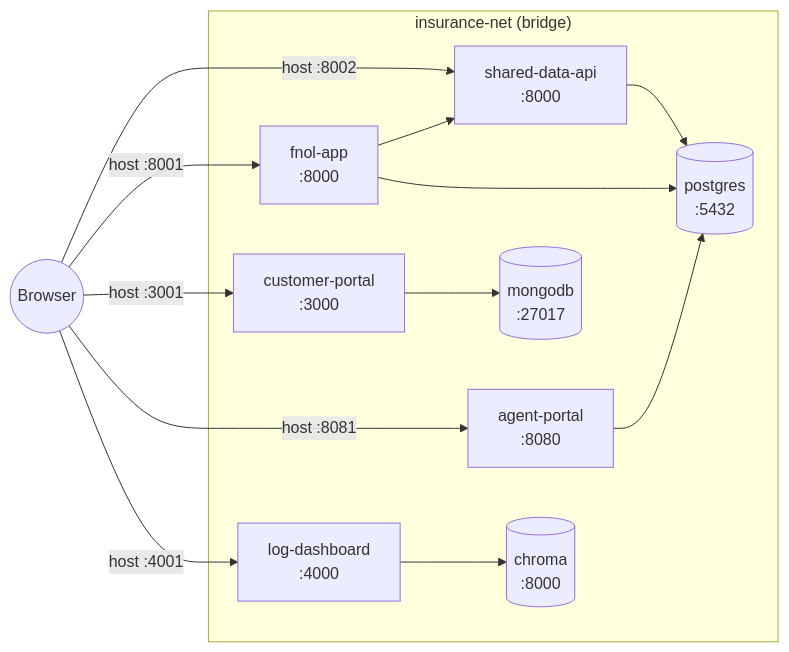
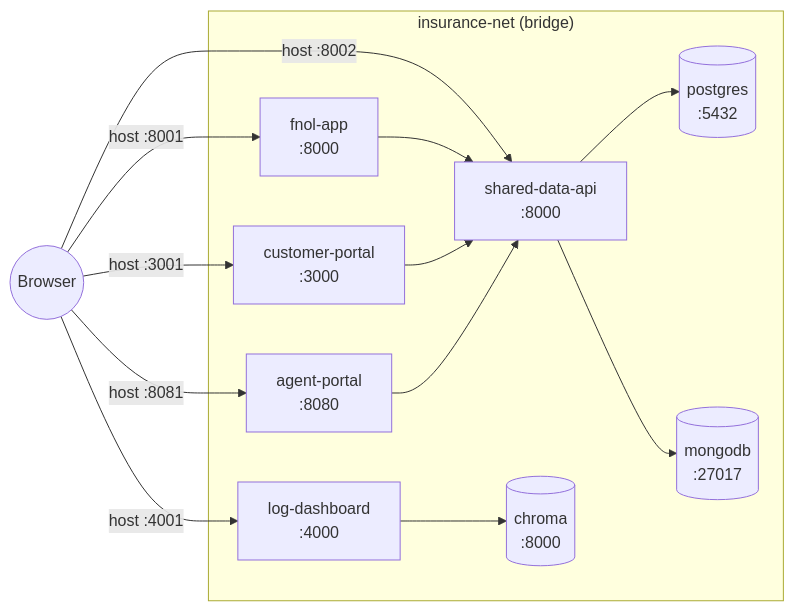
The first of 2 diagrams in docs/architecture/system-overview.md (CumulusCycles/agentic-log-analysis-system), drawn with Mermaid before and after one commit. The commit also changed other lines of this file and 18 other files, not shown here.

````diff
--- a/docs/architecture/system-overview.md
+++ b/docs/architecture/system-overview.md
@@ -8,29 +8,29 @@
 ```mermaid
 graph LR
     Browser((Browser))
 
     subgraph net["insurance-net (bridge)"]
         SDA["shared-data-api<br/>:8000"]
         FNOL["fnol-app<br/>:8000"]
         CP["customer-portal<br/>:3000"]
         AP["agent-portal<br/>:8080"]
         DASH["log-dashboard<br/>:4000"]
 
         PG[("postgres<br/>:5432")]
         MG[("mongodb<br/>:27017")]
         CR[("chroma<br/>:8000")]
     end
 
     Browser -- "host :8002" --> SDA
     Browser -- "host :8001" --> FNOL
     Browser -- "host :3001" --> CP
     Browser -- "host :8081" --> AP
     Browser -- "host :4001" --> DASH
 
     FNOL --> SDA
-    FNOL --> PG
+    CP --> SDA
+    AP --> SDA
     SDA --> PG
-    CP --> MG
-    AP --> PG
+    SDA --> MG
     DASH --> CR
 ```
````
